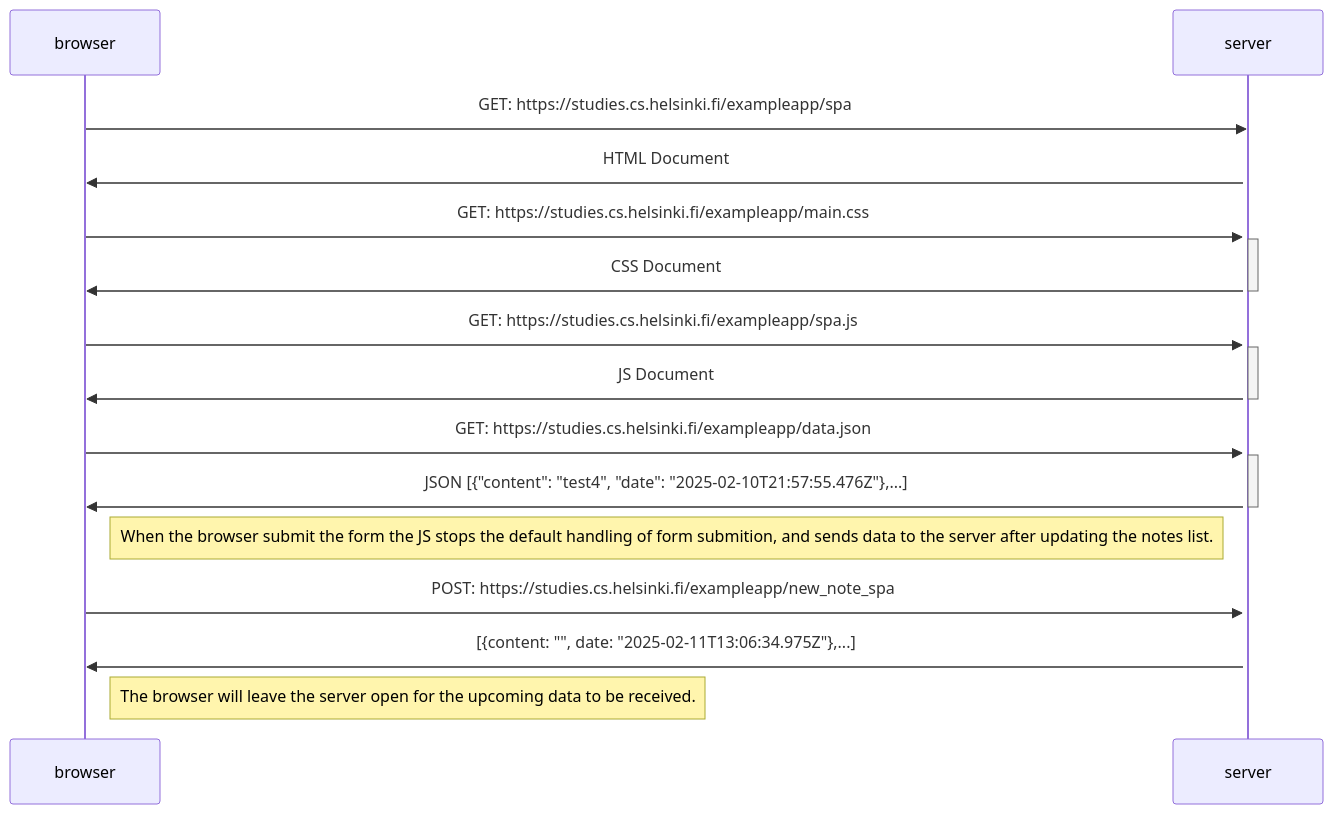
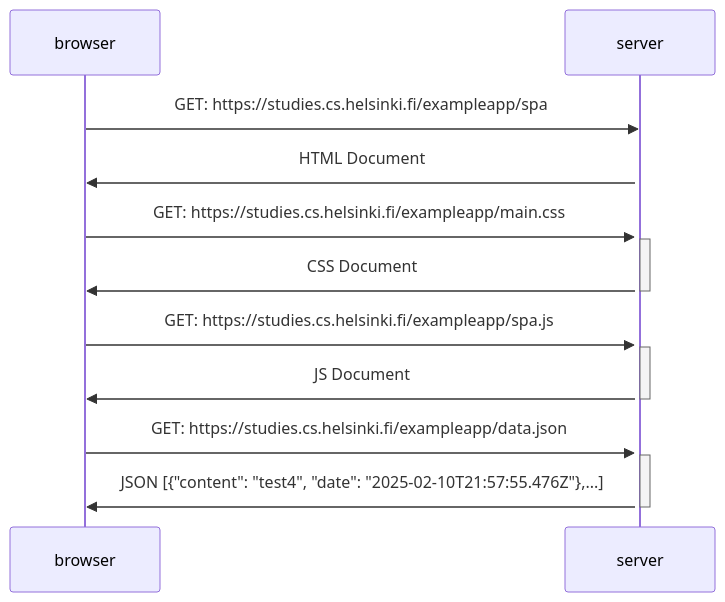
Before and after one commit to Dreath21/myFirstProject_in_gits: the diagram in part0/part5.mermaid, drawn with Mermaid.

```diff
--- a/part0/part5.mermaid
+++ b/part0/part5.mermaid
@@ -1,28 +1,22 @@
 sequenceDiagram
     participant browser
     participant server
 
     browser ->> server: GET: https://studies.cs.helsinki.fi/exampleapp/spa
     activate server
     server ->> browser: HTML Document
 
     browser ->> server: GET: https://studies.cs.helsinki.fi/exampleapp/main.css
     activate server
     server ->> browser: CSS Document
     deactivate server 
 
     browser ->> server: GET: https://studies.cs.helsinki.fi/exampleapp/spa.js
     activate server
     server ->> browser: JS Document
     deactivate server 
 
     browser ->> server: GET: https://studies.cs.helsinki.fi/exampleapp/data.json
     activate server
     server ->> browser: JSON [{"content": "test4", "date": "2025-02-10T21:57:55.476Z"},...]
     deactivate server
-
-    Note right of browser: When the browser submit the form the JS stops the default handling of form submition, and sends data to the server after updating the notes list.  
-    browser ->> server: POST: https://studies.cs.helsinki.fi/exampleapp/new_note_spa
-    activate server
-    server ->> browser:     [{content: "", date: "2025-02-11T13:06:34.975Z"},...]
-    Note right of browser: The browser will leave the server open for the upcoming data to be received.
```
